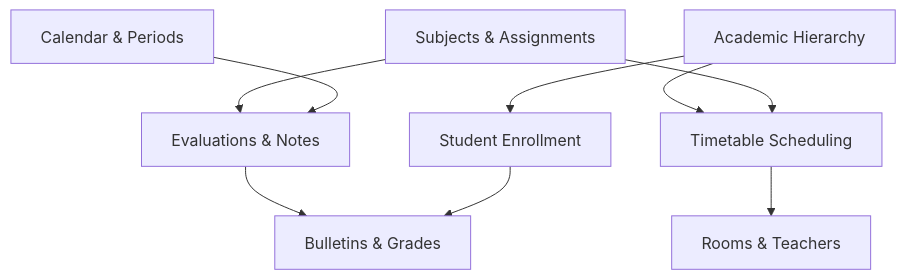
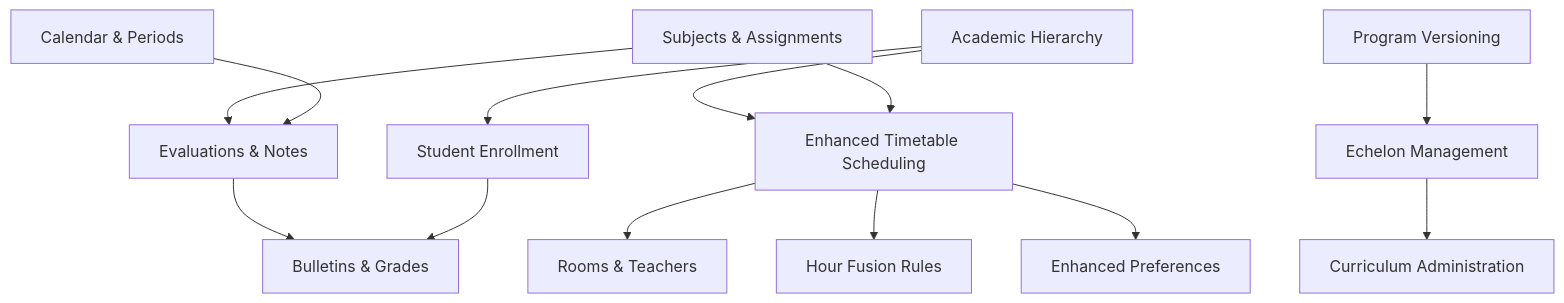
Diagram 17 of 17 in .qoder/repowiki/en/content/Database Schema Design/Academic Schema/Academic Schema.md (franckylab/eLISAschool), drawn with Mermaid before and after one commit. The commit also changed other lines of this file and 455 other files, not shown here.

````diff
--- a/.qoder/repowiki/en/content/Database Schema Design/Academic Schema/Academic Schema.md
+++ b/.qoder/repowiki/en/content/Database Schema Design/Academic Schema/Academic Schema.md
@@ -574,11 +742,15 @@
 ```mermaid
 graph TB
 Hierarchy["Academic Hierarchy"] --> Enrollment["Student Enrollment"]
-Hierarchy --> Scheduling["Timetable Scheduling"]
+Hierarchy --> Scheduling["Enhanced Timetable Scheduling"]
 Subjects["Subjects & Assignments"] --> Scheduling
 Subjects --> Assessment["Evaluations & Notes"]
 Calendar["Calendar & Periods"] --> Assessment
 Assessment --> Reporting["Bulletins & Grades"]
 Scheduling --> Resources["Rooms & Teachers"]
+Scheduling --> HourFusion["Hour Fusion Rules"]
+Scheduling --> Preferences["Enhanced Preferences"]
 Enrollment --> Reporting
+ProgramVersioning["Program Versioning"] --> EchelonManagement["Echelon Management"]
+EchelonManagement --> Curriculum["Curriculum Administration"]
 ```
````
